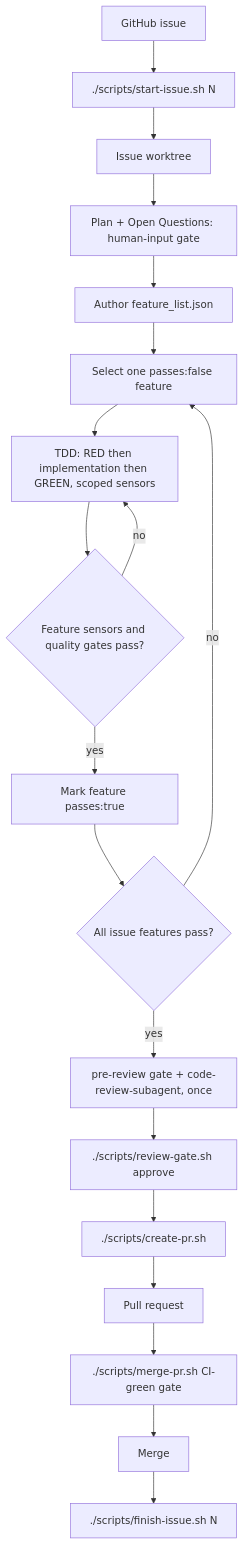
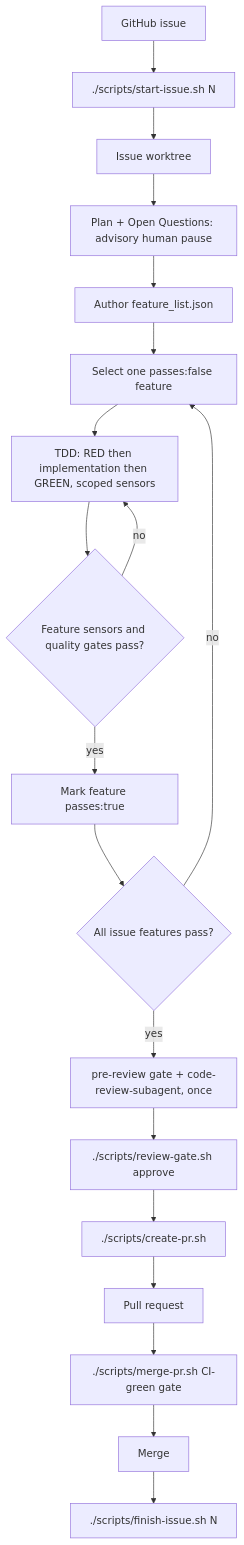
The diagram in docs/HARNESS.md (weijen/agent-delivery-harness), drawn with Mermaid before and after one commit. The commit also changed other lines of this file and 12 other files, not shown here.

````diff
--- a/docs/HARNESS.md
+++ b/docs/HARNESS.md
@@ -77,21 +77,21 @@
 ```mermaid
 flowchart TD
   A[GitHub issue] --> B[./scripts/start-issue.sh N]
   B --> C[Issue worktree]
-  C --> HG[Plan + Open Questions: human-input gate]
+  C --> HG[Plan + Open Questions: advisory human pause]
   HG --> D[Author feature_list.json]
   D --> E[Select one passes:false feature]
   E --> F[TDD: RED then implementation then GREEN, scoped sensors]
   F --> H{Feature sensors and quality gates pass?}
   H -- no --> F
   H -- yes --> I[Mark feature passes:true]
   I --> J{All issue features pass?}
   J -- no --> E
   J -- yes --> K[pre-review gate + code-review-subagent, once]
   K --> L[./scripts/review-gate.sh approve]
   L --> M[./scripts/create-pr.sh]
   M --> N[Pull request]
   N --> Q[./scripts/merge-pr.sh CI-green gate]
   Q --> O[Merge]
   O --> P[./scripts/finish-issue.sh N]
 ```
````
